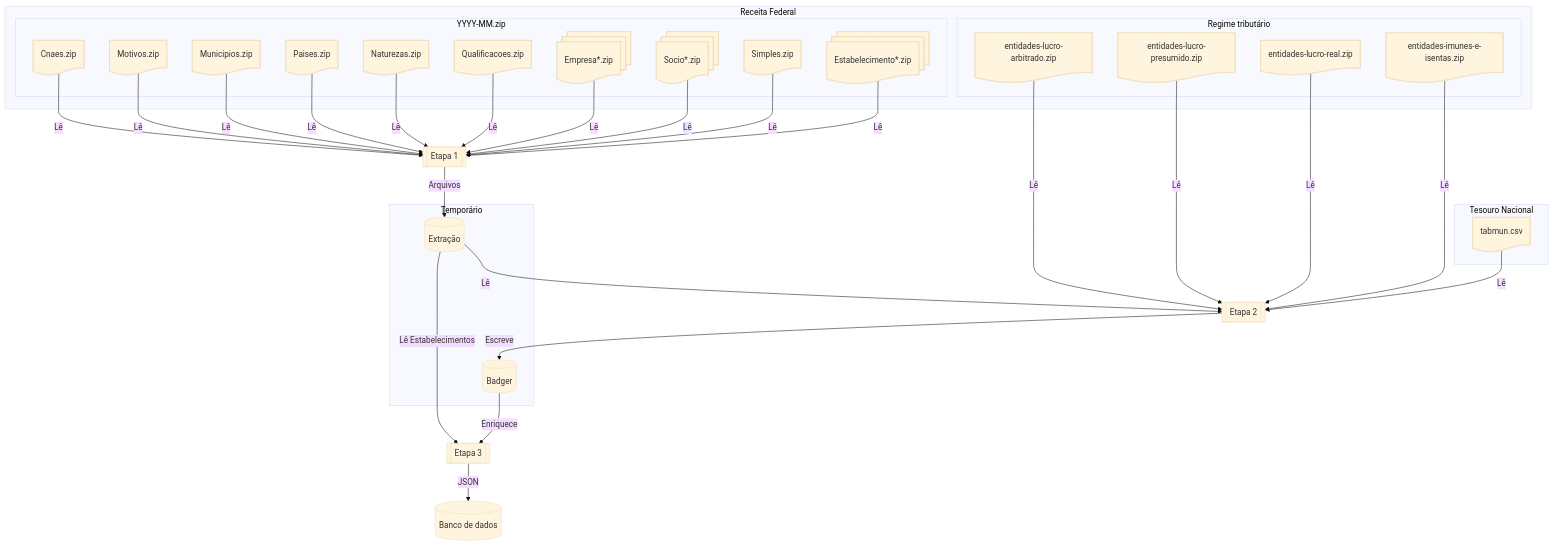
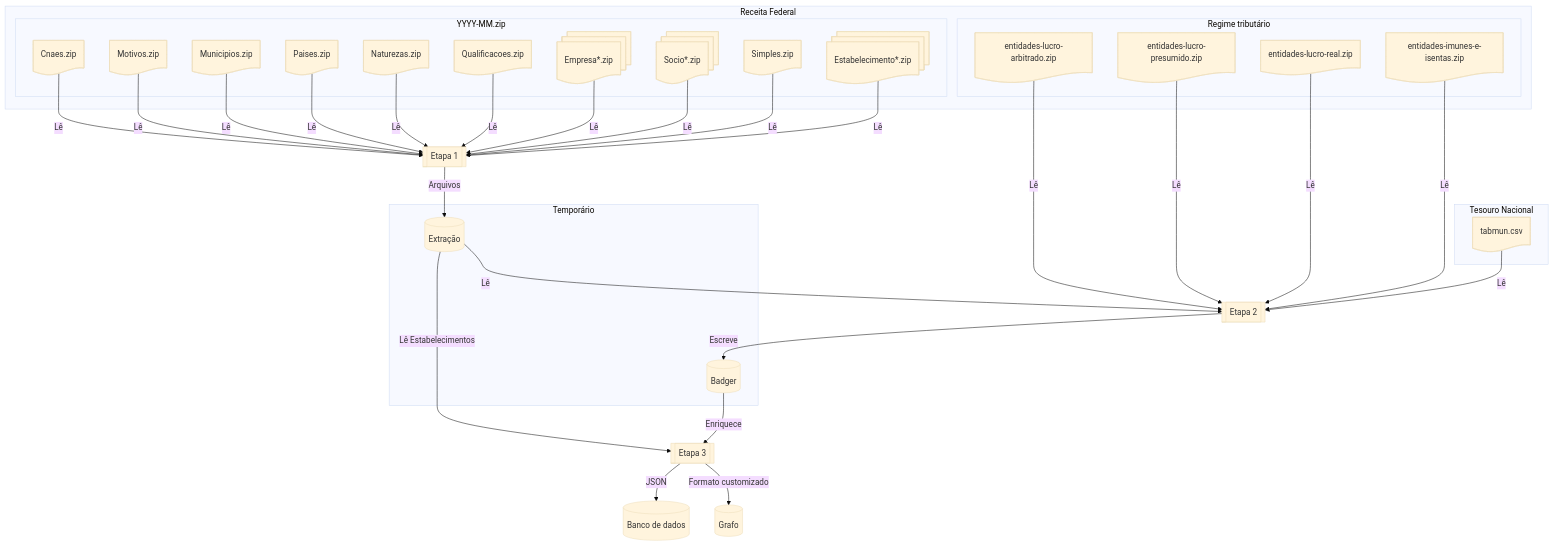
Before and after one commit to ricardops34/minhareceita: the diagram in docs/contributing/etl.md, drawn with Mermaid (base theme). The commit also changed other lines of this file and 26 other files, not shown here.

First line of the commit message:
Moves graph creation to ETL

````diff
--- a/docs/contributing/etl.md
+++ b/docs/contributing/etl.md
@@ -53,61 +53,63 @@
 ```mermaid
 flowchart
     subgraph RFB ["Receita Federal"]
         subgraph D ["YYYY-MM.zip"]
             Est@{ shape: docs, label: "Estabelecimento*.zip"}
             Emp@{ shape: docs, label: "Empresa*.zip"}
             Soc@{ shape: docs, label: "Socio*.zip"}
             Sim@{ shape: doc, label: "Simples.zip"}
             Cna@{ shape: doc, label: "Cnaes.zip"}
             Mot@{ shape: doc, label: "Motivos.zip"}
             Mun@{ shape: doc, label: "Municipios.zip"}
             Pai@{ shape: doc, label: "Paises.zip"}
             Nat@{ shape: doc, label: "Naturezas.zip"}
             Qua@{ shape: doc, label: "Qualificacoes.zip"}
         end
         subgraph RT ["Regime tributário"]
             LuA@{ shape: doc, label: "entidades-lucro-arbitrado.zip"}
             LuP@{ shape: doc, label: "entidades-lucro-presumido.zip"}
             LuR@{ shape: doc, label: "entidades-lucro-real.zip"}
             IeI@{ shape: doc, label: "entidades-imunes-e-isentas.zip"}
         end
     end
 
     subgraph T ["Tesouro Nacional"]
         Tab@{ shape: doc, label: "tabmun.csv"}
     end
 
     subgraph TMP ["Temporário"]
       Ext@{ shape: db, label: "Extração" }
       Bad@{ shape: db, label: "Badger" }
     end
 
     ETL1@{ shape: subproc, label: "Etapa 1" }
     ETL2@{ shape: subproc, label: "Etapa 2" }
     ETL3@{ shape: subproc, label: "Etapa 3" }
     DB@{ shape: db, label: "Banco de dados" }
+    GR@{ shape: db, label: "Grafo" }
 
     Cna -->|Lê| ETL1
     Mot -->|Lê| ETL1
     Mun -->|Lê| ETL1
     Pai -->|Lê| ETL1
     Nat -->|Lê| ETL1
     Qua -->|Lê| ETL1
     Emp -->|Lê| ETL1
     Soc -->|Lê| ETL1
     Sim -->|Lê| ETL1
     Est -->|Lê| ETL1
     ETL1 -->|Arquivos| Ext
 
     Ext -->|Lê| ETL2
     LuA -->|Lê| ETL2
     LuP -->|Lê| ETL2
     LuR -->|Lê| ETL2
     IeI -->|Lê| ETL2
     Tab -->|Lê| ETL2
     ETL2 -->|Escreve| Bad
 
     Ext -->|Lê Estabelecimentos| ETL3
     Bad -->|Enriquece| ETL3
     ETL3 -->|JSON| DB
+    ETL3 -->|Formato customizado| GR
 ```
````
